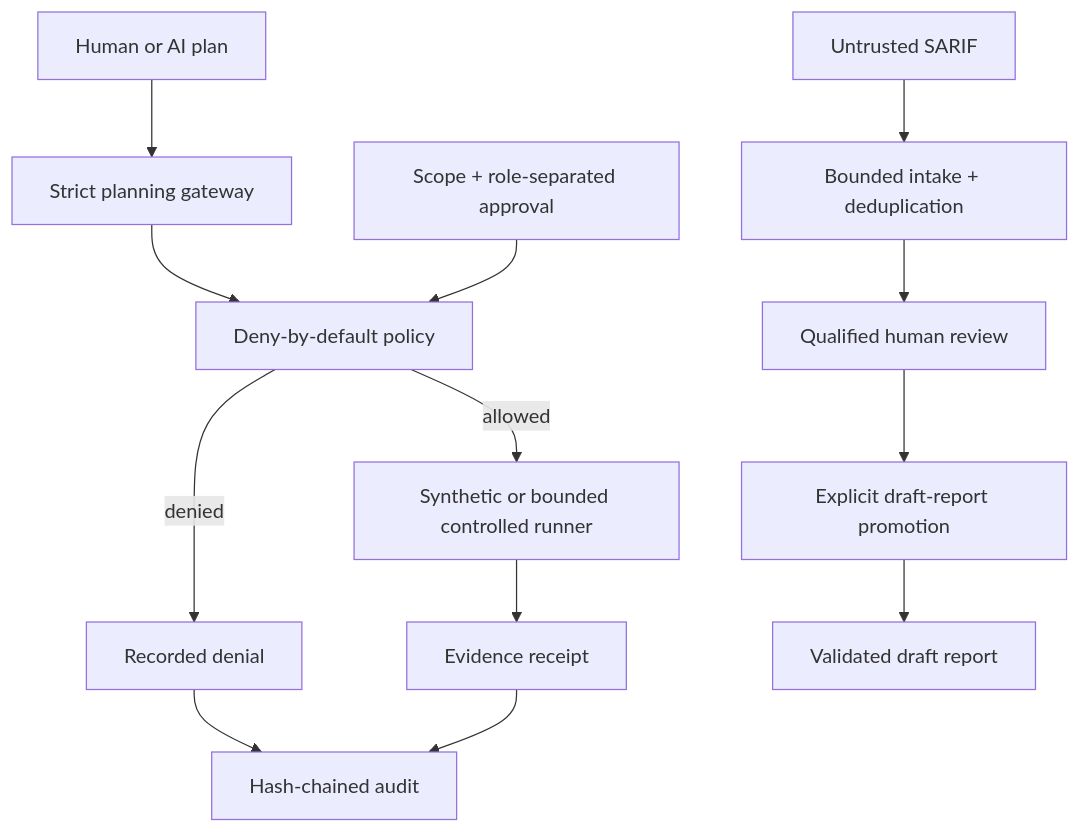
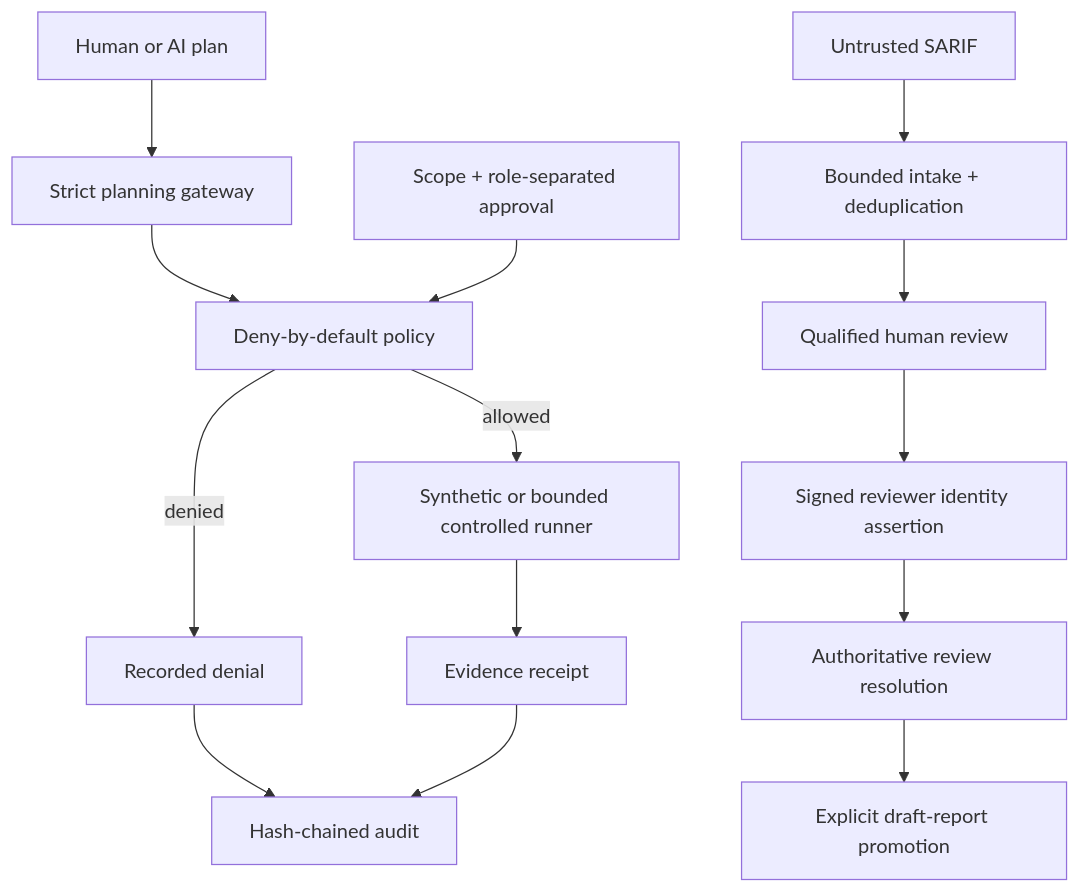
The diagram in README.md (bilgekayali/finredops), drawn with Mermaid before and after one commit. The commit also changed other lines of this file, not shown here.

Commit message:
docs: surface v0.7 signed reviewer trust without dropping assurance coverage

````diff
--- a/README.md
+++ b/README.md
@@ -44,15 +46,16 @@
 ```mermaid
 flowchart TD
     A["Human or AI plan"] --> B["Strict planning gateway"]
     B --> C["Deny-by-default policy"]
     D["Scope + role-separated approval"] --> C
     C -->|allowed| E["Synthetic or bounded controlled runner"]
     C -->|denied| F["Recorded denial"]
     E --> G["Evidence receipt"]
     F --> H["Hash-chained audit"]
     G --> H
     I["Untrusted SARIF"] --> J["Bounded intake + deduplication"]
     J --> K["Qualified human review"]
-    K --> L["Explicit draft-report promotion"]
-    L --> M["Validated draft report"]
+    K --> L["Signed reviewer identity assertion"]
+    L --> N["Authoritative review resolution"]
+    N --> M["Explicit draft-report promotion"]
 ```
````
